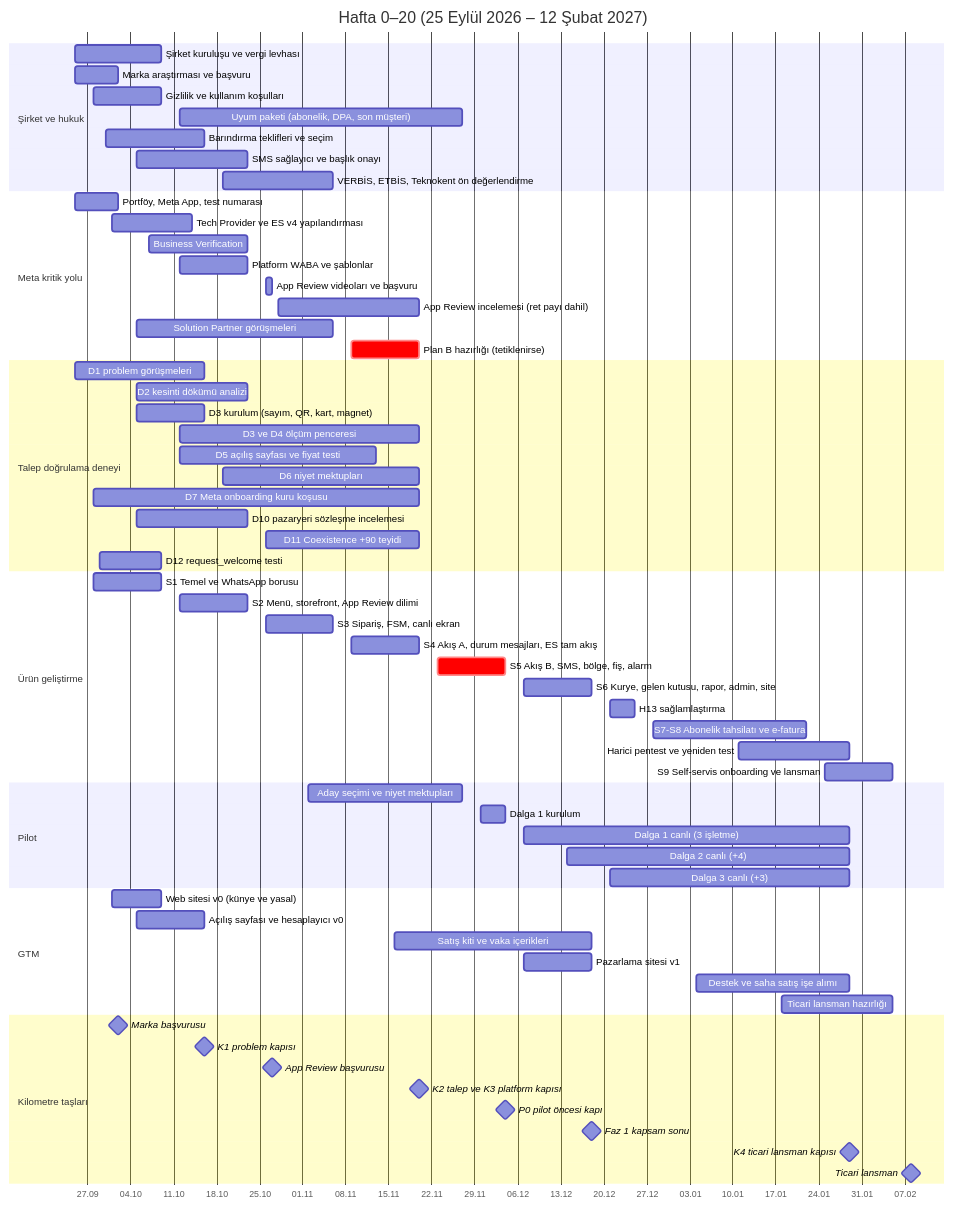
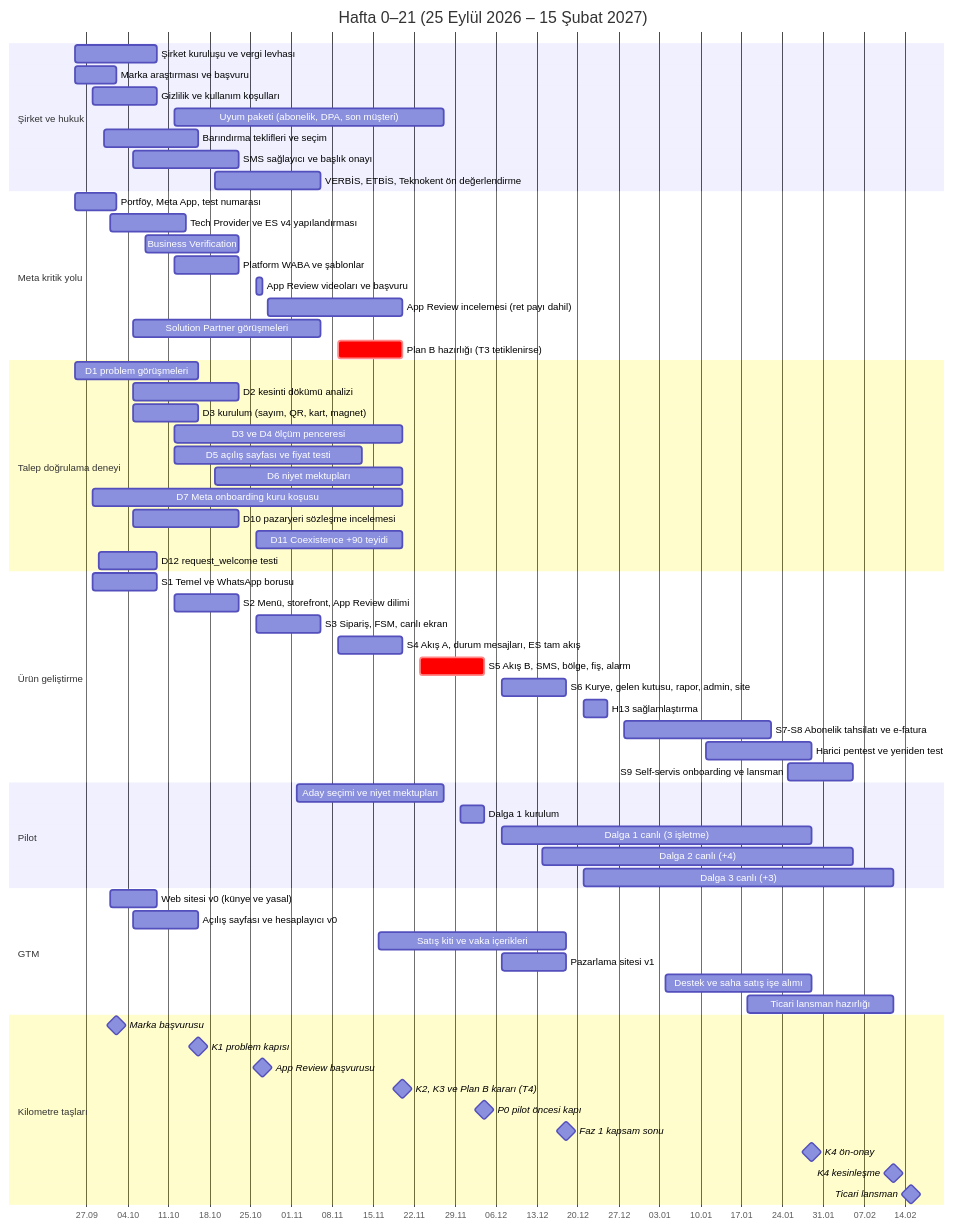
One commit to eraycaylak/siparisinonunde changed the first of 3 diagrams in docs/09-yol-haritasi-ve-sprint-plani.md. Above: the diagram before and after it, drawn with Mermaid. The commit also changed other lines of this file and 3 other files, not shown here.

First line of the commit message:
docs: yol haritası düzeltmeleri, lansman tarihi 15 Şubat 2027

````diff
--- a/docs/09-yol-haritasi-ve-sprint-plani.md
+++ b/docs/09-yol-haritasi-ve-sprint-plani.md
@@ -60,67 +62,68 @@
 ```mermaid
 gantt
-    title Hafta 0–20 (25 Eylül 2026 – 12 Şubat 2027)
+    title Hafta 0–21 (25 Eylül 2026 – 15 Şubat 2027)
     dateFormat YYYY-MM-DD
     axisFormat %d.%m
     section Şirket ve hukuk
     Şirket kuruluşu ve vergi levhası          :hk1, 2026-09-25, 2026-10-09
     Marka araştırması ve başvuru               :hk2, 2026-09-25, 2026-10-02
     Gizlilik ve kullanım koşulları             :hk3, 2026-09-28, 2026-10-09
     Uyum paketi (abonelik, DPA, son müşteri)   :hk5, 2026-10-12, 2026-11-27
     Barındırma teklifleri ve seçim             :hk6, 2026-09-30, 2026-10-16
     SMS sağlayıcı ve başlık onayı              :hk7, 2026-10-05, 2026-10-23
     VERBİS, ETBİS, Teknokent ön değerlendirme  :hk8, 2026-10-19, 2026-11-06
     section Meta kritik yolu
     Portföy, Meta App, test numarası           :m1, 2026-09-25, 2026-10-02
     Tech Provider ve ES v4 yapılandırması      :m2, 2026-10-01, 2026-10-14
     Business Verification                      :m3, 2026-10-07, 2026-10-23
     Platform WABA ve şablonlar                 :m4, 2026-10-12, 2026-10-23
     App Review videoları ve başvuru            :m5, 2026-10-26, 2026-10-27
     App Review incelemesi (ret payı dahil)     :m6, 2026-10-28, 2026-11-20
     Solution Partner görüşmeleri               :m7, 2026-10-05, 2026-11-06
-    Plan B hazırlığı (tetiklenirse)            :crit, m8, 2026-11-09, 2026-11-20
+    Plan B hazırlığı (T3 tetiklenirse)         :crit, m8, 2026-11-09, 2026-11-20
     section Talep doğrulama deneyi
     D1 problem görüşmeleri                     :d1, 2026-09-25, 2026-10-16
     D2 kesinti dökümü analizi                  :d2, 2026-10-05, 2026-10-23
     D3 kurulum (sayım, QR, kart, magnet)       :d3a, 2026-10-05, 2026-10-16
     D3 ve D4 ölçüm penceresi                   :d3b, 2026-10-12, 2026-11-20
     D5 açılış sayfası ve fiyat testi           :d5, 2026-10-12, 2026-11-13
     D6 niyet mektupları                        :d6, 2026-10-19, 2026-11-20
     D7 Meta onboarding kuru koşusu             :d7, 2026-09-28, 2026-11-20
     D10 pazaryeri sözleşme incelemesi          :d10, 2026-10-05, 2026-10-23
     D11 Coexistence +90 teyidi                 :d11, 2026-10-26, 2026-11-20
     D12 request_welcome testi                  :d12, 2026-09-29, 2026-10-09
     section Ürün geliştirme
     S1 Temel ve WhatsApp borusu                :s1, 2026-09-28, 2026-10-09
     S2 Menü, storefront, App Review dilimi     :s2, 2026-10-12, 2026-10-23
     S3 Sipariş, FSM, canlı ekran               :s3, 2026-10-26, 2026-11-06
     S4 Akış A, durum mesajları, ES tam akış    :s4, 2026-11-09, 2026-11-20
     S5 Akış B, SMS, bölge, fiş, alarm          :crit, s5, 2026-11-23, 2026-12-04
     S6 Kurye, gelen kutusu, rapor, admin, site :s6, 2026-12-07, 2026-12-18
     H13 sağlamlaştırma                         :s6b, 2026-12-21, 2026-12-25
     S7-S8 Abonelik tahsilatı ve e-fatura       :s7, 2026-12-28, 2027-01-22
     Harici pentest ve yeniden test             :s8, 2027-01-11, 2027-01-29
     S9 Self-servis onboarding ve lansman       :s9, 2027-01-25, 2027-02-05
     section Pilot
     Aday seçimi ve niyet mektupları            :p1, 2026-11-02, 2026-11-27
     Dalga 1 kurulum                            :p2, 2026-11-30, 2026-12-04
     Dalga 1 canlı (3 işletme)                  :p3, 2026-12-07, 2027-01-29
-    Dalga 2 canlı (+4)                         :p4, 2026-12-14, 2027-01-29
-    Dalga 3 canlı (+3)                         :p5, 2026-12-21, 2027-01-29
+    Dalga 2 canlı (+4)                         :p4, 2026-12-14, 2027-02-05
+    Dalga 3 canlı (+3)                         :p5, 2026-12-21, 2027-02-12
     section GTM
     Web sitesi v0 (künye ve yasal)             :g1, 2026-10-01, 2026-10-09
     Açılış sayfası ve hesaplayıcı v0           :g2, 2026-10-05, 2026-10-16
     Satış kiti ve vaka içerikleri              :g3, 2026-11-16, 2026-12-18
     Pazarlama sitesi v1                        :g4, 2026-12-07, 2026-12-18
     Destek ve saha satış işe alımı             :g5, 2027-01-04, 2027-01-29
-    Ticari lansman hazırlığı                   :g6, 2027-01-18, 2027-02-05
+    Ticari lansman hazırlığı                   :g6, 2027-01-18, 2027-02-12
     section Kilometre taşları
     Marka başvurusu                            :milestone, k0, 2026-10-02, 0d
     K1 problem kapısı                          :milestone, k1, 2026-10-16, 0d
     App Review başvurusu                       :milestone, k1b, 2026-10-27, 0d
-    K2 talep ve K3 platform kapısı             :milestone, k2, 2026-11-20, 0d
+    K2, K3 ve Plan B kararı (T4)               :milestone, k2, 2026-11-20, 0d
     P0 pilot öncesi kapı                       :milestone, k3, 2026-12-04, 0d
     Faz 1 kapsam sonu                          :milestone, k4, 2026-12-18, 0d
-    K4 ticari lansman kapısı                   :milestone, k5, 2027-01-29, 0d
-    Ticari lansman                             :milestone, k6, 2027-02-08, 0d
+    K4 ön-onay                                 :milestone, k5, 2027-01-29, 0d
+    K4 kesinleşme                              :milestone, k5b, 2027-02-12, 0d
+    Ticari lansman                             :milestone, k6, 2027-02-15, 0d
 ```
````
